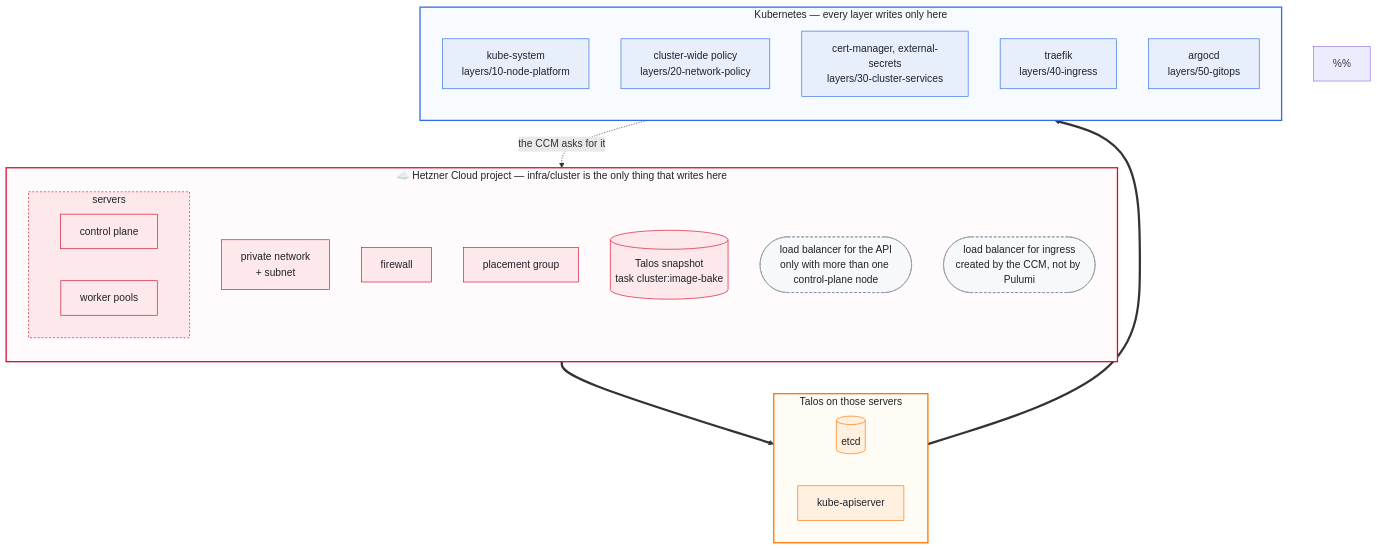
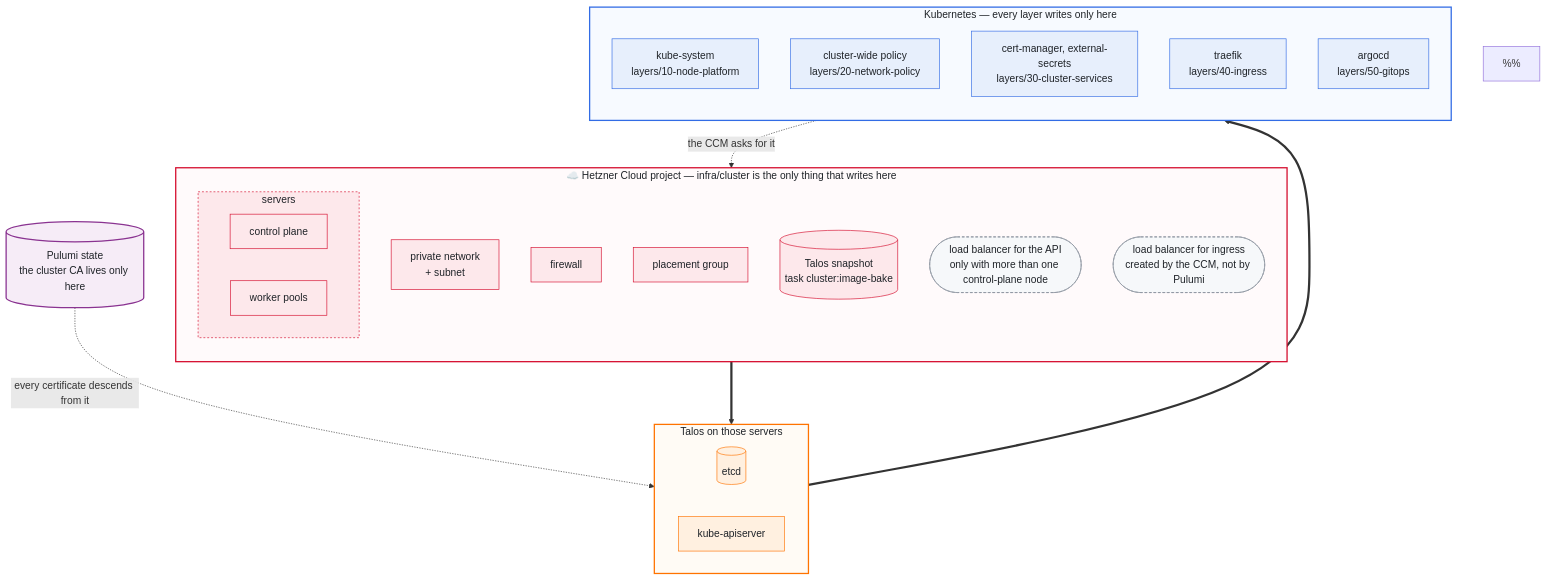
The first of 3 diagrams in docs/design.md (oleg-tkachuk/hetzner-iac), drawn with Mermaid before and after one commit. The commit also changed other lines of this file and 4 other files, not shown here.

````diff
--- a/docs/design.md
+++ b/docs/design.md
@@ -12,60 +12,65 @@
 ```mermaid
 flowchart TB
     %% Palette from the README badges: Hetzner red, Talos orange, Kubernetes
     %% blue, so the header and the diagrams read as one thing and the colour
     %% says whose territory a box is in.
     %%
     %% Fills are pale and text is near-black explicitly. GitHub renders this in
     %% both themes, and a colour left to the theme picks one of them and is
     %% unreadable in the other.
     classDef hetzner fill:#fde8eb,stroke:#d50c2d,stroke-width:1px,color:#1f2328
     classDef talos fill:#fff0e0,stroke:#ff7300,stroke-width:1px,color:#1f2328
     classDef kube fill:#e7effc,stroke:#326ce5,stroke-width:1px,color:#1f2328
     classDef derived fill:#f6f8fa,stroke:#8c959f,stroke-width:1px,stroke-dasharray:4 3,color:#1f2328
+    classDef state fill:#f6ecf7,stroke:#8a3391,stroke-width:2px,color:#1f2328
 
     subgraph hetzner["☁️ Hetzner Cloud project — infra/cluster is the only thing that writes here"]
         direction TB
         net["private network<br/>+ subnet"]
         fw["firewall"]
         pg["placement group"]
         snap[("Talos snapshot<br/>task cluster:image-bake")]
 
         subgraph servers["servers"]
             direction LR
             cp["control plane"]
             wk["worker pools"]
         end
 
         apilb(["load balancer for the API<br/>only with more than one control-plane node"])
         inglb(["load balancer for ingress<br/>created by the CCM, not by Pulumi"])
     end
 
     subgraph talos["Talos on those servers"]
         direction LR
         etcd[("etcd")]
         api["kube-apiserver"]
     end
 
     subgraph k8s["Kubernetes — every layer writes only here"]
         direction TB
         ks["kube-system<br/>layers/10-node-platform"]
         pol["cluster-wide policy<br/>layers/20-network-policy"]
         cmns["cert-manager, external-secrets<br/>layers/30-cluster-services"]
         tns["traefik<br/>layers/40-ingress"]
         argons["argocd<br/>layers/50-gitops"]
     end
 
+    trust[("Pulumi state<br/>the cluster CA lives only here")]
+
+    trust -.->|"every certificate descends from it"| talos
     servers ==> talos
     talos ==> k8s
     ks -.->|"the CCM asks for it"| inglb
 
     class net,fw,pg,snap,cp,wk hetzner
     class apilb,inglb derived
     class etcd,api talos
     class ks,pol,cmns,tns,argons kube
+    class trust state
 
     style hetzner fill:#fffafb,stroke:#d50c2d,stroke-width:2px,color:#1f2328
     style servers fill:#fde8eb,stroke:#d50c2d,stroke-dasharray:3 3,color:#1f2328
     style talos fill:#fffbf5,stroke:#ff7300,stroke-width:2px,color:#1f2328
     style k8s fill:#f7faff,stroke:#326ce5,stroke-width:2px,color:#1f2328
 ```
````
